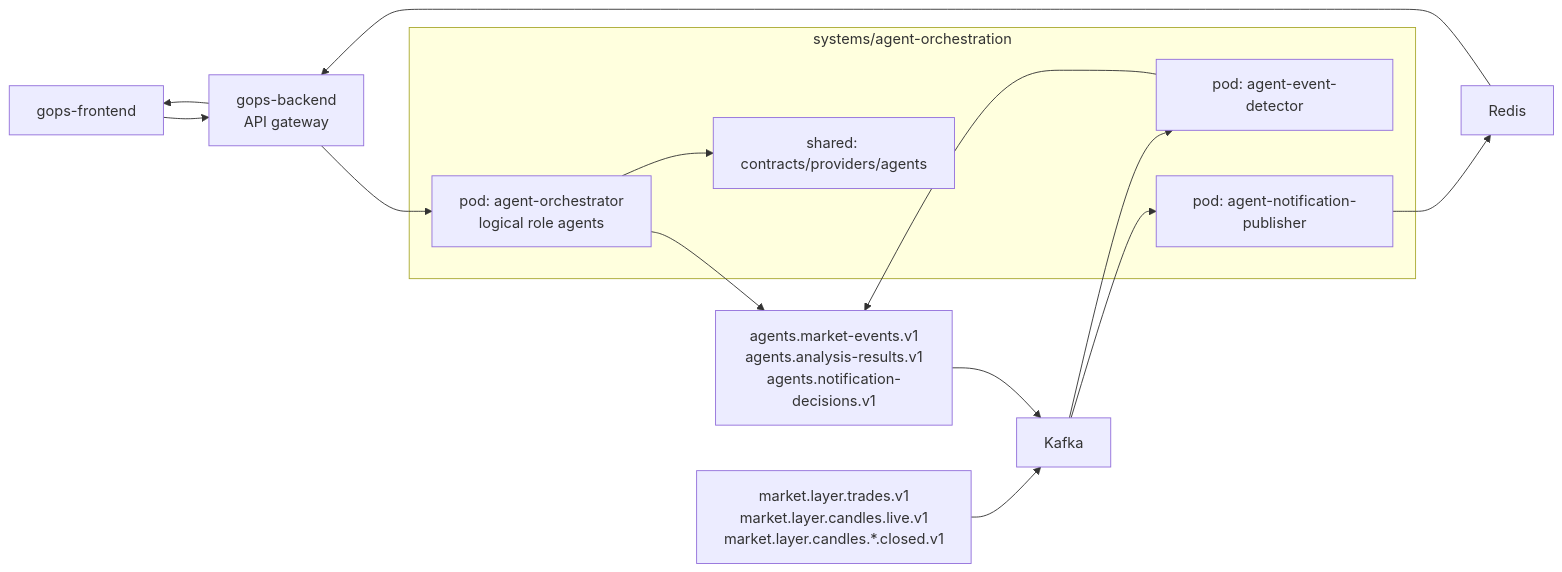
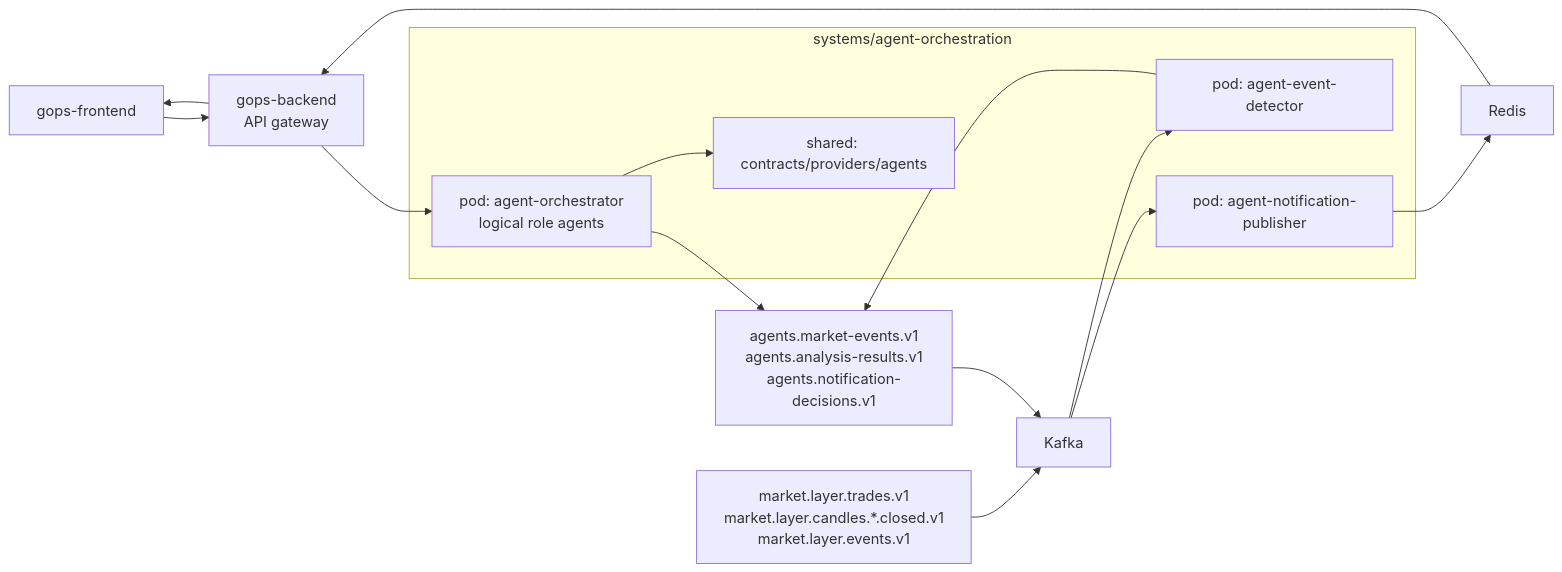
One commit to seunglee10/GOPS-BE changed the first of 3 diagrams in docs/AGENT_ORCHESTRATION_IMPLEMENTATION.md. Above: the diagram before and after it, drawn with Mermaid. The commit also changed 91 other files, not shown here.

Commit message:
feat: optimize chart data pipeline

````diff
--- a/docs/AGENT_ORCHESTRATION_IMPLEMENTATION.md
+++ b/docs/AGENT_ORCHESTRATION_IMPLEMENTATION.md
@@ -30,30 +30,30 @@
 ```mermaid
 flowchart LR
   Frontend["gops-frontend"]
   Backend["gops-backend<br/>API gateway"]
 
   subgraph AgentSystem["systems/agent-orchestration"]
     Orchestrator["pod: agent-orchestrator<br/>logical role agents"]
     EventDetector["pod: agent-event-detector"]
     NotificationPublisher["pod: agent-notification-publisher"]
     Contracts["shared: contracts/providers/agents"]
   end
 
   Kafka["Kafka"]
   Redis["Redis"]
-  MarketTopics["market.layer.trades.v1<br/>market.layer.candles.live.v1<br/>market.layer.candles.*.closed.v1"]
+  MarketTopics["market.layer.trades.v1<br/>market.layer.candles.*.closed.v1<br/>market.layer.events.v1"]
   AgentTopics["agents.market-events.v1<br/>agents.analysis-results.v1<br/>agents.notification-decisions.v1"]
 
   Frontend --> Backend
   Backend --> Orchestrator
   Orchestrator --> Contracts
   MarketTopics --> Kafka
   Kafka --> EventDetector
   EventDetector --> AgentTopics
   Orchestrator --> AgentTopics
   AgentTopics --> Kafka
   Kafka --> NotificationPublisher
   NotificationPublisher --> Redis
   Redis --> Backend
   Backend --> Frontend
 ```
````
